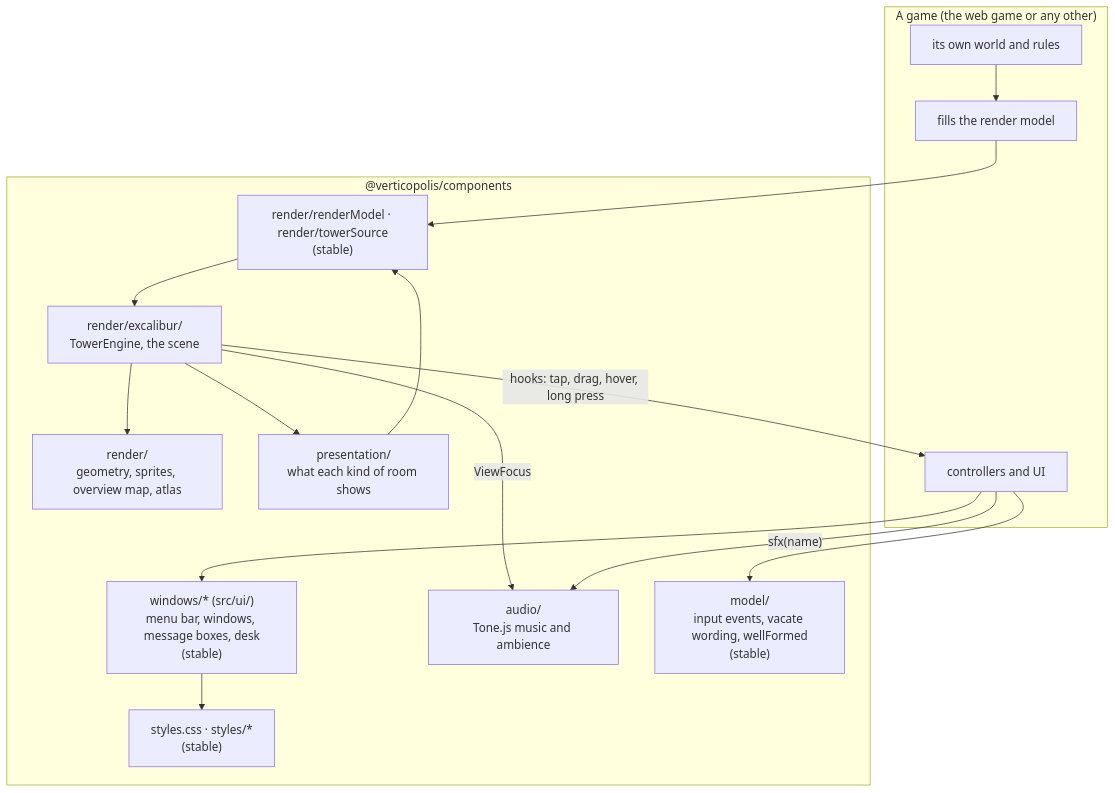
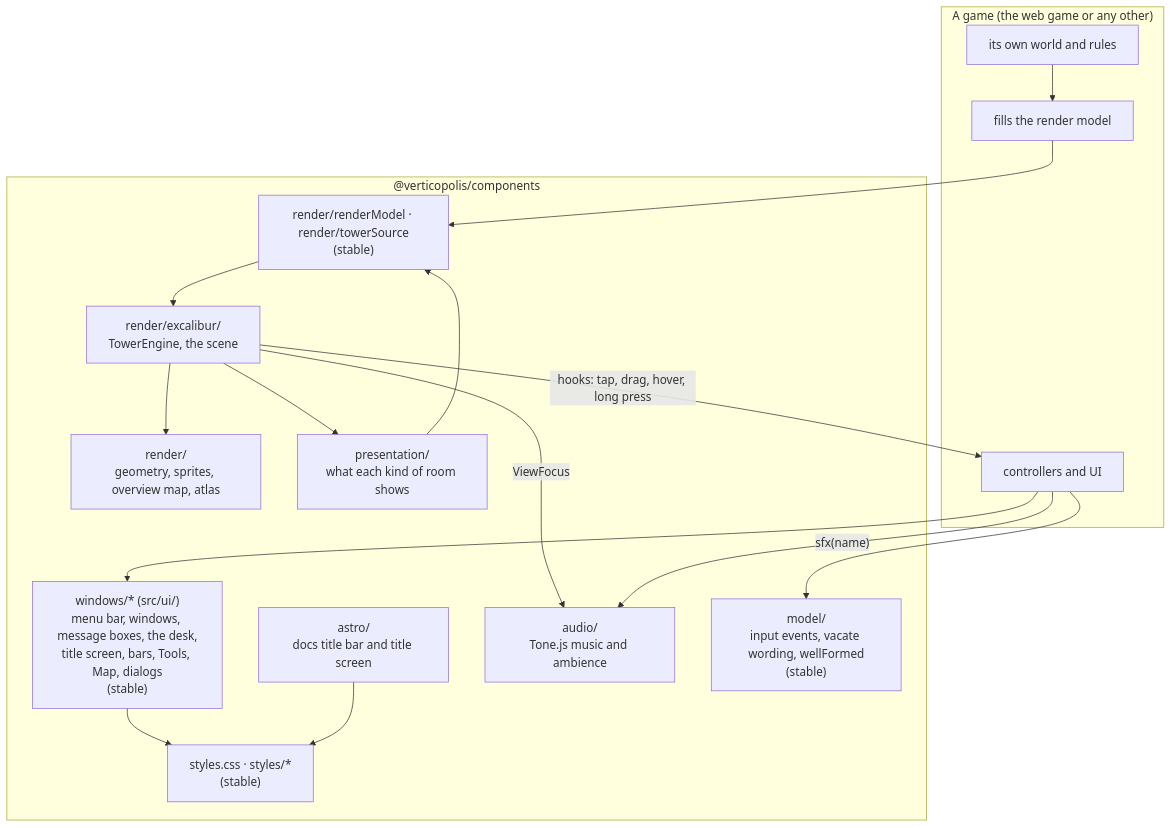
One commit to Verticopolis/components changed the first of 8 diagrams in ARCHITECTURE.md. Above: the diagram before and after it, drawn with Mermaid. The commit also changed other lines of this file and 1 other file, not shown here.

First line of the commit message:
Bring the architecture and README up to date with the gallery and layers

````diff
--- a/ARCHITECTURE.md
+++ b/ARCHITECTURE.md
@@ -21,31 +21,33 @@
 ```mermaid
 flowchart TD
     subgraph game["A game (the web game or any other)"]
         World["its own world and rules"]
         Fill["fills the render model"]
         Ctl["controllers and UI"]
     end
 
     subgraph pkg["@verticopolis/components"]
         Model["render/renderModel · render/towerSource<br/>(stable)"]
         Scene["render/excalibur/<br/>TowerEngine, the scene"]
         Render["render/<br/>geometry, sprites, overview map, atlas"]
         Pres["presentation/<br/>what each kind of room shows"]
-        Windows["windows/* (src/ui/)<br/>menu bar, windows, message boxes, desk<br/>(stable)"]
+        Windows["windows/* (src/ui/)<br/>menu bar, windows, message boxes, the desk,<br/>title screen, bars, Tools, Map, dialogs<br/>(stable)"]
         Styles["styles.css · styles/*<br/>(stable)"]
+        Astro["astro/<br/>docs title bar and title screen"]
         Audio["audio/<br/>Tone.js music and ambience"]
         InModel["model/<br/>input events, vacate wording, wellFormed<br/>(stable)"]
     end
 
     World --> Fill --> Model
     Model --> Scene
     Scene --> Render
     Scene --> Pres
     Pres --> Model
     Ctl --> Windows
     Windows --> Styles
+    Astro --> Styles
     Scene -->|"hooks: tap, drag, hover, long press"| Ctl
     Scene -->|"ViewFocus"| Audio
     Ctl -->|"sfx(name)"| Audio
     Ctl --> InModel
 ```
````
